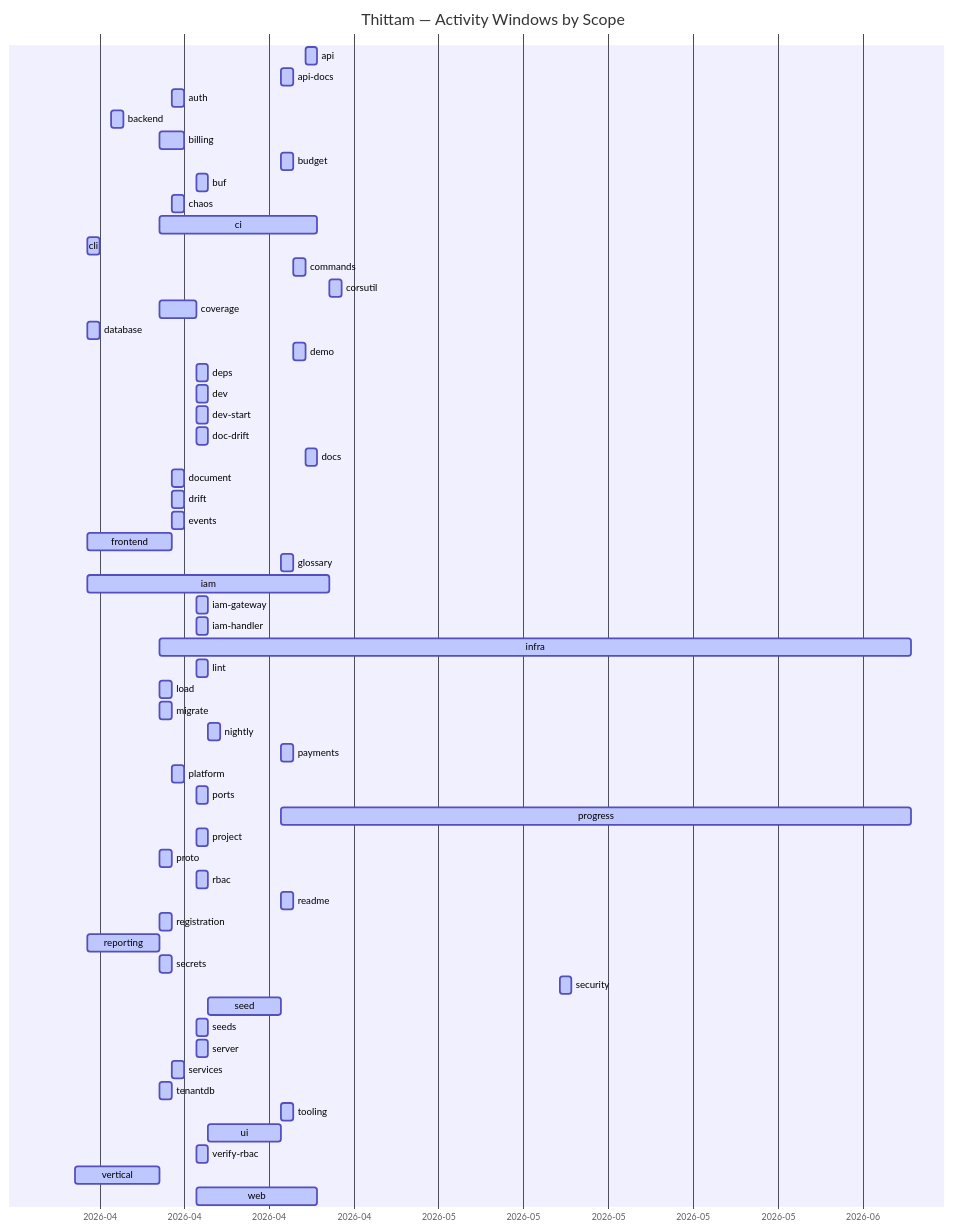
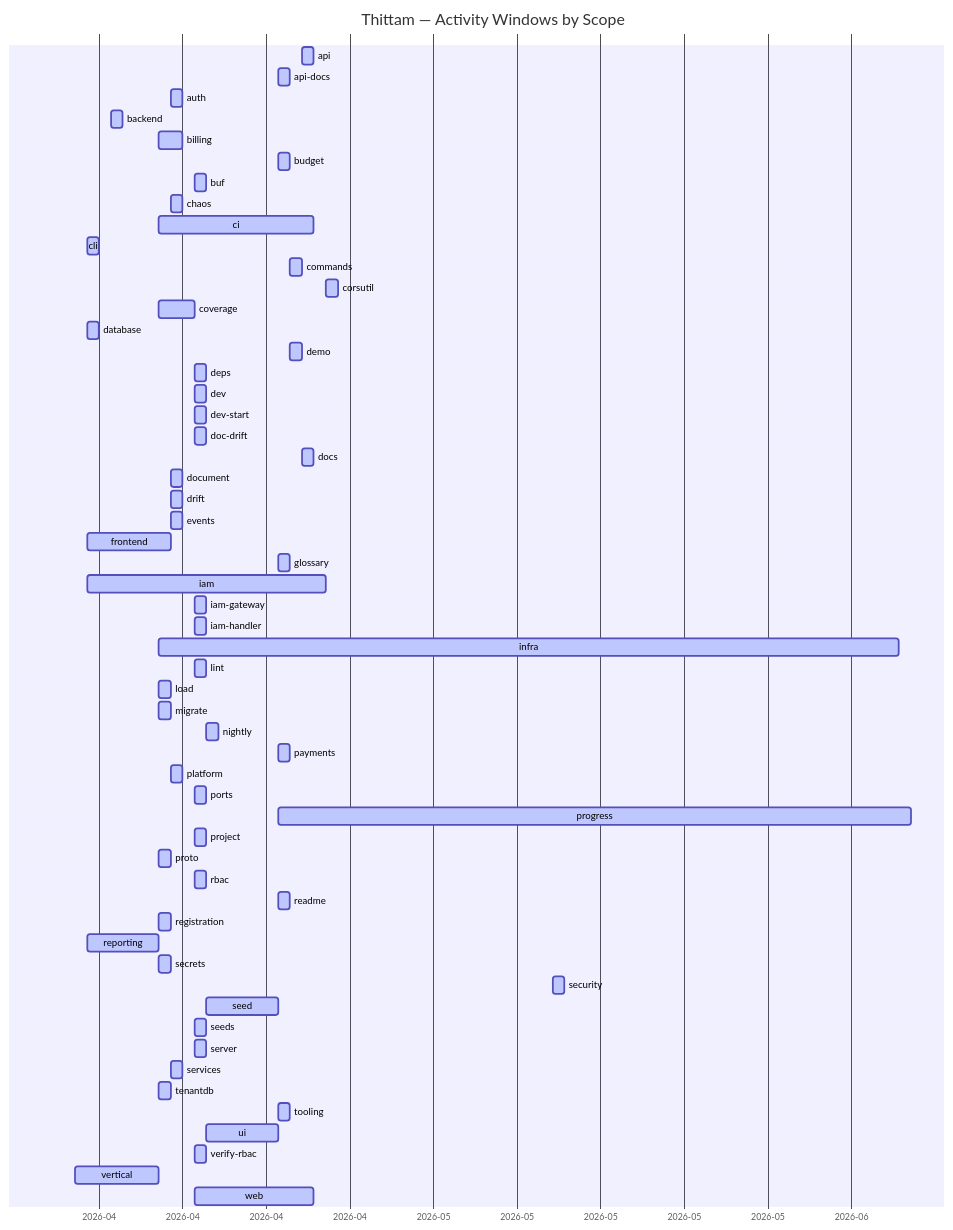
One commit to wegofwd2020-hub/thittam changed the diagram in docs/PROGRESS.md. Above: the diagram before and after it, drawn with Mermaid. The commit also changed other lines of this file and 1 other file, not shown here.

Commit message:
chore(progress): nightly update of docs/PROGRESS.md + CSVs

````diff
--- a/docs/PROGRESS.md
+++ b/docs/PROGRESS.md
@@ -9,61 +9,61 @@
 ```mermaid
 gantt
     title Thittam — Activity Windows by Scope
     dateFormat YYYY-MM-DD
     axisFormat %Y-%m
     api                :active, s_api, 2026-04-22, 2026-04-23
     api-docs           :active, s_api_docs, 2026-04-20, 2026-04-21
     auth               :active, s_auth, 2026-04-11, 2026-04-12
     backend            :active, s_backend, 2026-04-06, 2026-04-07
     billing            :active, s_billing, 2026-04-10, 2026-04-12
     budget             :active, s_budget, 2026-04-20, 2026-04-21
     buf                :active, s_buf, 2026-04-13, 2026-04-14
     chaos              :active, s_chaos, 2026-04-11, 2026-04-12
     ci                 :active, s_ci, 2026-04-10, 2026-04-23
     cli                :active, s_cli, 2026-04-04, 2026-04-05
     commands           :active, s_commands, 2026-04-21, 2026-04-22
     corsutil           :active, s_corsutil, 2026-04-24, 2026-04-25
     coverage           :active, s_coverage, 2026-04-10, 2026-04-13
     database           :active, s_database, 2026-04-04, 2026-04-05
     demo               :active, s_demo, 2026-04-21, 2026-04-22
     deps               :active, s_deps, 2026-04-13, 2026-04-14
     dev                :active, s_dev, 2026-04-13, 2026-04-14
     dev-start          :active, s_dev_start, 2026-04-13, 2026-04-14
     doc-drift          :active, s_doc_drift, 2026-04-13, 2026-04-14
     docs               :active, s_docs, 2026-04-22, 2026-04-23
     document           :active, s_document, 2026-04-11, 2026-04-12
     drift              :active, s_drift, 2026-04-11, 2026-04-12
     events             :active, s_events, 2026-04-11, 2026-04-12
     frontend           :active, s_frontend, 2026-04-04, 2026-04-11
     glossary           :active, s_glossary, 2026-04-20, 2026-04-21
     iam                :active, s_iam, 2026-04-04, 2026-04-24
     iam-gateway        :active, s_iam_gateway, 2026-04-13, 2026-04-14
     iam-handler        :active, s_iam_handler, 2026-04-13, 2026-04-14
     infra              :active, s_infra, 2026-04-10, 2026-06-11
     lint               :active, s_lint, 2026-04-13, 2026-04-14
     load               :active, s_load, 2026-04-10, 2026-04-11
     migrate            :active, s_migrate, 2026-04-10, 2026-04-11
     nightly            :active, s_nightly, 2026-04-14, 2026-04-15
     payments           :active, s_payments, 2026-04-20, 2026-04-21
     platform           :active, s_platform, 2026-04-11, 2026-04-12
     ports              :active, s_ports, 2026-04-13, 2026-04-14
-    progress           :active, s_progress, 2026-04-20, 2026-06-11
+    progress           :active, s_progress, 2026-04-20, 2026-06-12
     project            :active, s_project, 2026-04-13, 2026-04-14
     proto              :active, s_proto, 2026-04-10, 2026-04-11
     rbac               :active, s_rbac, 2026-04-13, 2026-04-14
     readme             :active, s_readme, 2026-04-20, 2026-04-21
     registration       :active, s_registration, 2026-04-10, 2026-04-11
     reporting          :active, s_reporting, 2026-04-04, 2026-04-10
     secrets            :active, s_secrets, 2026-04-10, 2026-04-11
     security           :active, s_security, 2026-05-13, 2026-05-14
     seed               :active, s_seed, 2026-04-14, 2026-04-20
     seeds              :active, s_seeds, 2026-04-13, 2026-04-14
     server             :active, s_server, 2026-04-13, 2026-04-14
     services           :active, s_services, 2026-04-11, 2026-04-12
     tenantdb           :active, s_tenantdb, 2026-04-10, 2026-04-11
     tooling            :active, s_tooling, 2026-04-20, 2026-04-21
     ui                 :active, s_ui, 2026-04-14, 2026-04-20
     verify-rbac        :active, s_verify_rbac, 2026-04-13, 2026-04-14
     vertical           :active, s_vertical, 2026-04-03, 2026-04-10
     web                :active, s_web, 2026-04-13, 2026-04-23
 ```
````
